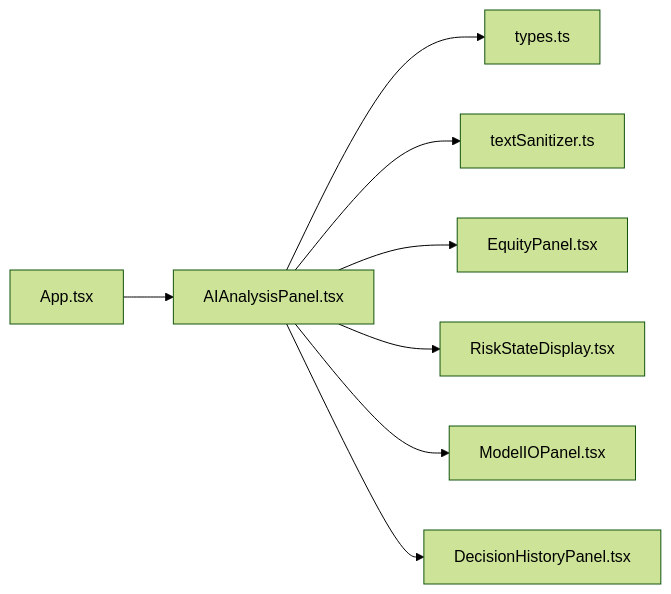
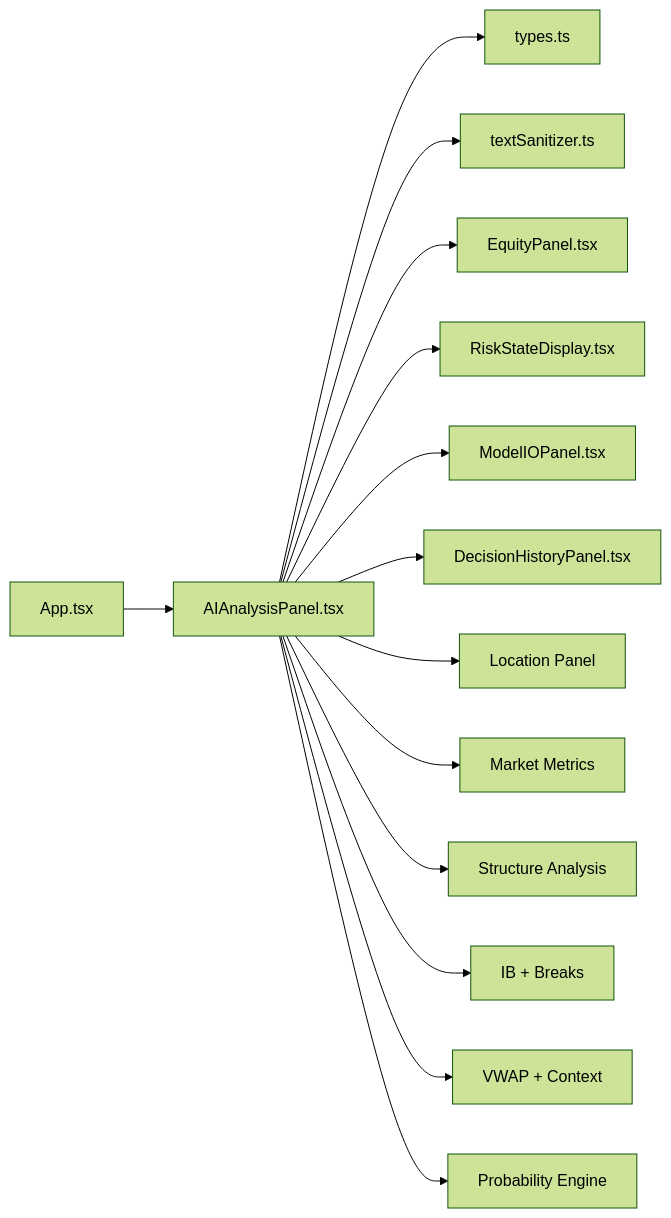
Before and after one commit to gemrajkhatry-maker/v5-of-glassytrade-ai: the third of 3 diagrams in .qoder/repowiki/en/content/Frontend Application/React Components/AI Analysis Panels/AI Analysis Panel Core.md, drawn with Mermaid (forest theme). The commit also changed other lines of this file and 930 other files, not shown here.

````diff
--- a/.qoder/repowiki/en/content/Frontend Application/React Components/AI Analysis Panels/AI Analysis Panel Core.md
+++ b/.qoder/repowiki/en/content/Frontend Application/React Components/AI Analysis Panels/AI Analysis Panel Core.md
@@ -314,10 +354,16 @@
 ```mermaid
 graph LR
 AI["AIAnalysisPanel.tsx"] --> T["types.ts"]
 AI --> TS["textSanitizer.ts"]
 AI --> EP["EquityPanel.tsx"]
 AI --> RSD["RiskStateDisplay.tsx"]
 AI --> MIO["ModelIOPanel.tsx"]
 AI --> DHP["DecisionHistoryPanel.tsx"]
+AI --> LOC["Location Panel"]
+AI --> MET["Market Metrics"]
+AI --> STR["Structure Analysis"]
+AI --> IB["IB + Breaks"]
+AI --> VWAP["VWAP + Context"]
+AI --> PROB["Probability Engine"]
 APP["App.tsx"] --> AI
 ```
````
